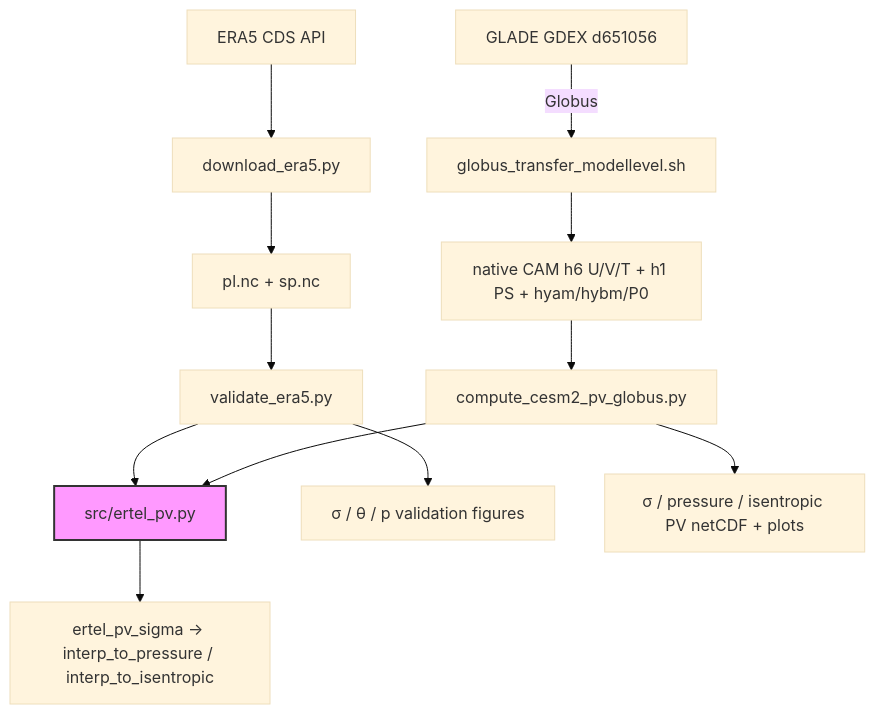
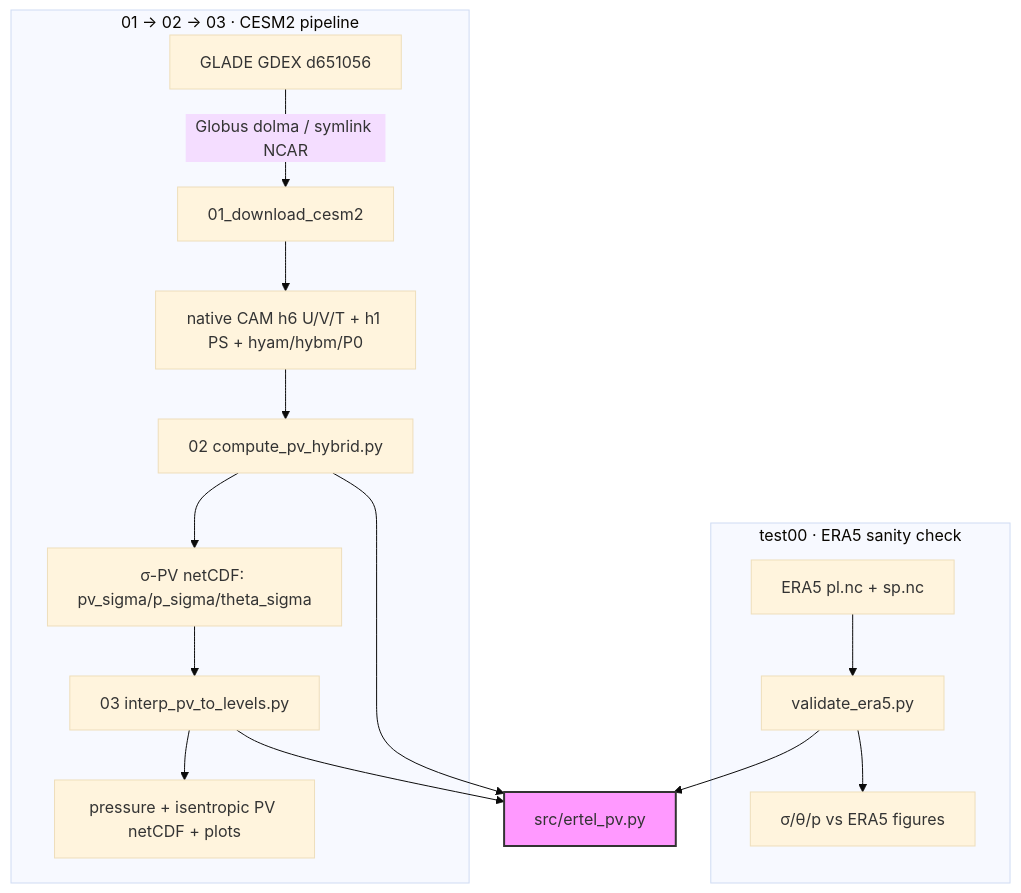
Before and after one commit to yanxingjianken/PV_Ertel_Computation: the diagram in README.md, drawn with Mermaid (base theme). The commit also changed other lines of this file and 29 other files, not shown here.

First line of the commit message:
v0.7.0: reorg into ordered reproducible pipeline (test00 -> 01 -> 02 -> 03)

````diff
--- a/README.md
+++ b/README.md
@@ -166,17 +169,18 @@
 ```mermaid
 graph TD
-    A[ERA5 CDS API] --> B[download_era5.py]
-    B --> C[pl.nc + sp.nc]
-    C --> D[validate_era5.py]
+    subgraph test00 [test00 · ERA5 sanity check]
+        C[ERA5 pl.nc + sp.nc] --> D[validate_era5.py] --> G[σ/θ/p vs ERA5 figures]
+    end
+    subgraph pipe [01 → 02 → 03 · CESM2 pipeline]
+        I[GLADE GDEX d651056] -->|Globus dolma / symlink NCAR| J[01_download_cesm2]
+        J --> K[native CAM h6 U/V/T + h1 PS + hyam/hybm/P0]
+        K --> M[02 compute_pv_hybrid.py]
+        M --> N[σ-PV netCDF: pv_sigma/p_sigma/theta_sigma]
+        N --> P[03 interp_pv_to_levels.py]
+        P --> L[pressure + isentropic PV netCDF + plots]
+    end
     D --> E[src/ertel_pv.py]
-    E --> F[ertel_pv_sigma → interp_to_pressure / interp_to_isentropic]
-    D --> G[σ / θ / p validation figures]
-
-    I[GLADE GDEX d651056] -->|Globus| J[globus_transfer_modellevel.sh]
-    J --> K[native CAM h6 U/V/T + h1 PS + hyam/hybm/P0]
-    K --> M[compute_cesm2_pv_globus.py]
     M --> E
-    M --> L[σ / pressure / isentropic PV netCDF + plots]
-
+    P --> E
     style E fill:#f9f,stroke:#333,stroke-width:2px
 ```
````
